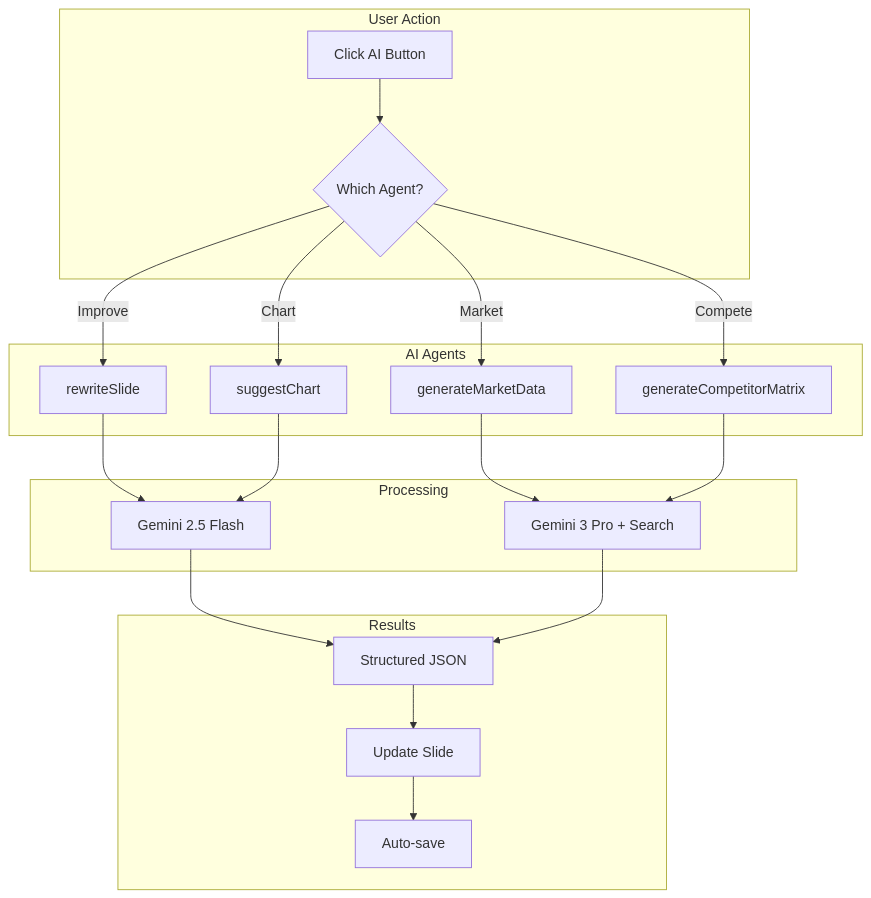
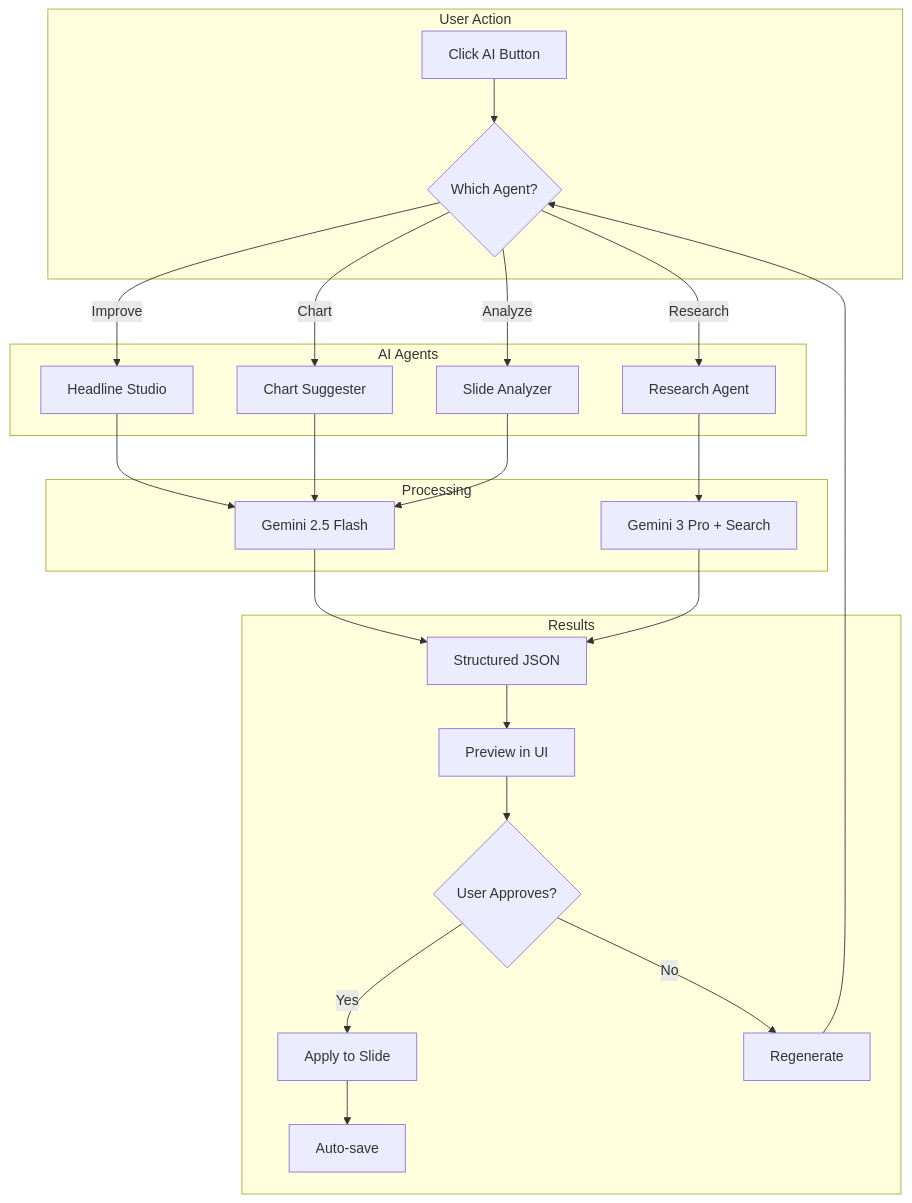
The third of 5 diagrams in plan/todo/03-pitch-deck.md (amo-tech-ai/sun100), drawn with Mermaid before and after one commit. The commit also changed other lines of this file, not shown here.

````diff
--- a/plan/todo/03-pitch-deck.md
+++ b/plan/todo/03-pitch-deck.md
@@ -1196,27 +890,31 @@
 ```mermaid
 flowchart TD
     subgraph Trigger["User Action"]
         A[Click AI Button] --> B{Which Agent?}
     end
     
     subgraph Agents["AI Agents"]
-        B -->|Improve| C[rewriteSlide]
-        B -->|Market| D[generateMarketData]
-        B -->|Chart| E[suggestChart]
-        B -->|Compete| F[generateCompetitorMatrix]
+        B -->|Improve| C[Headline Studio]
+        B -->|Research| D[Research Agent]
+        B -->|Chart| E[Chart Suggester]
+        B -->|Analyze| F[Slide Analyzer]
     end
     
     subgraph Process["Processing"]
         C --> G[Gemini 2.5 Flash]
         D --> H[Gemini 3 Pro + Search]
         E --> G
-        F --> H
+        F --> G
     end
     
     subgraph Output["Results"]
         G --> I[Structured JSON]
         H --> I
-        I --> J[Update Slide]
-        J --> K[Auto-save]
+        I --> J[Preview in UI]
+        J --> K{User Approves?}
+        K -->|Yes| L[Apply to Slide]
+        K -->|No| M[Regenerate]
+        M --> B
+        L --> N[Auto-save]
     end
 ```
````
